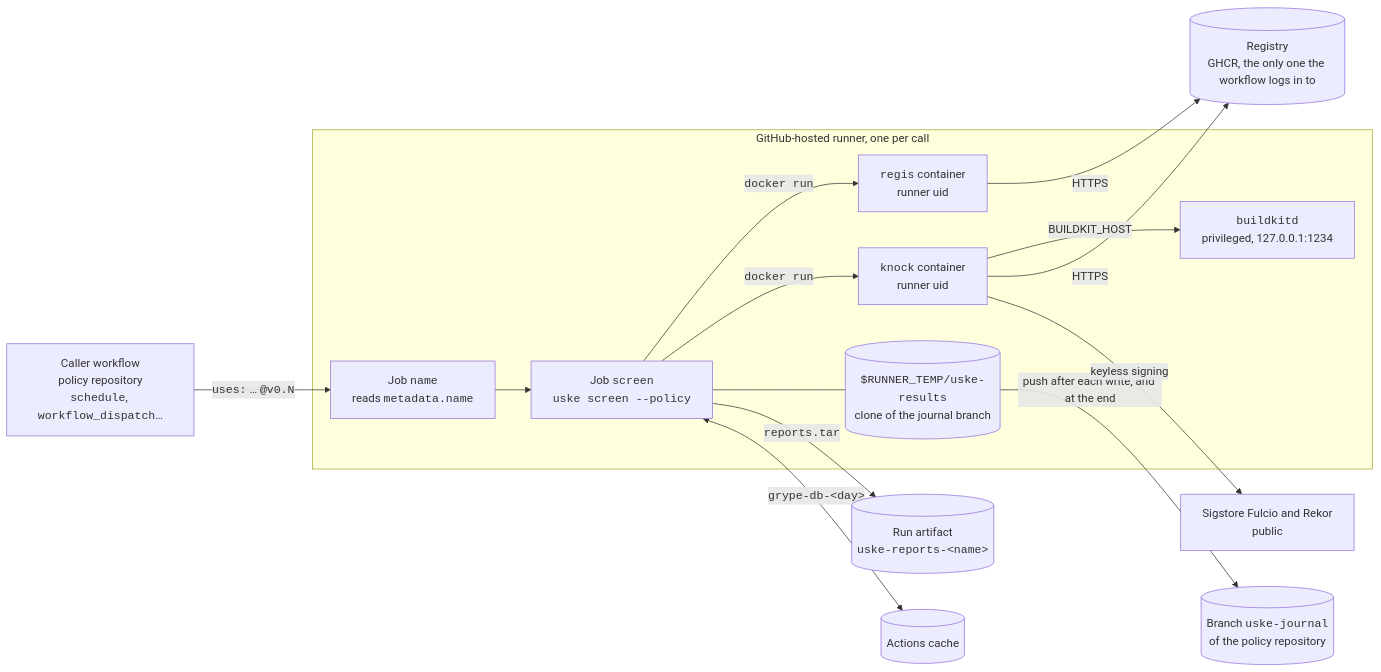
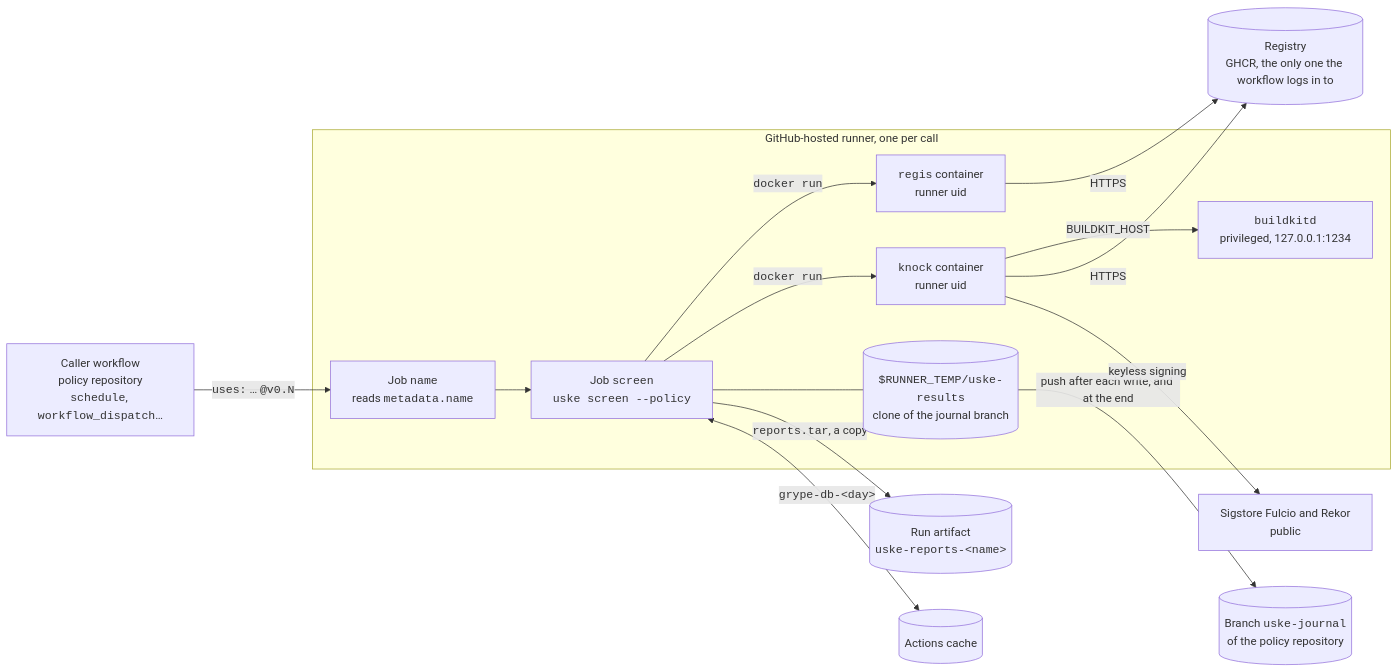
The sixth of 6 diagrams in docs/architecture/arc42.md (trivoallan/uske), drawn with Mermaid before and after one commit. The commit also changed other lines of this file and 9 other files, not shown here.

````diff
--- a/docs/architecture/arc42.md
+++ b/docs/architecture/arc42.md
@@ -550,22 +550,22 @@
 ```mermaid
 flowchart LR
   caller["Caller workflow<br>policy repository<br><code>schedule</code>, <code>workflow_dispatch</code>…"]
   subgraph runner["GitHub-hosted runner, one per call"]
     nj["Job <code>name</code><br>reads <code>metadata.name</code>"]
     sj["Job <code>screen</code><br><code>uske screen --policy</code>"]
     bk["<code>buildkitd</code><br>privileged, 127.0.0.1:1234"]
     rg["<code>regis</code> container<br>runner uid"]
     kn["<code>knock</code> container<br>runner uid"]
     res[("<code>$RUNNER_TEMP/uske-results</code><br>clone of the journal branch")]
     sj -->|"<code>docker run</code>"| rg & kn
     kn -->|"BUILDKIT_HOST"| bk
     sj --- res
   end
   caller -->|"<code>uses:</code> … <code>@v0.N</code>"| nj --> sj
   res -->|"push after each write, and at the end"| jb[("Branch <code>uske-journal</code><br>of the policy repository")]
-  sj -->|"<code>reports.tar</code>"| art[("Run artifact<br><code>uske-reports-&lt;name&gt;</code>")]
+  sj -->|"<code>reports.tar</code>, a copy"| art[("Run artifact<br><code>uske-reports-&lt;name&gt;</code>")]
   sj <-->|"<code>grype-db-&lt;day&gt;</code>"| cache[("Actions cache")]
   kn -->|"HTTPS"| reg[("Registry<br>GHCR, the only one the workflow logs in to")]
   rg -->|"HTTPS"| reg
   kn -->|"keyless signing"| sig["Sigstore Fulcio and Rekor<br>public"]
 ```
````
